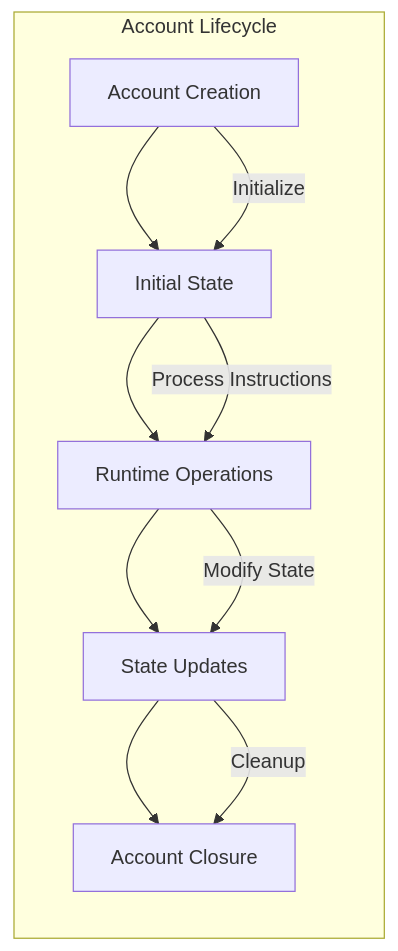
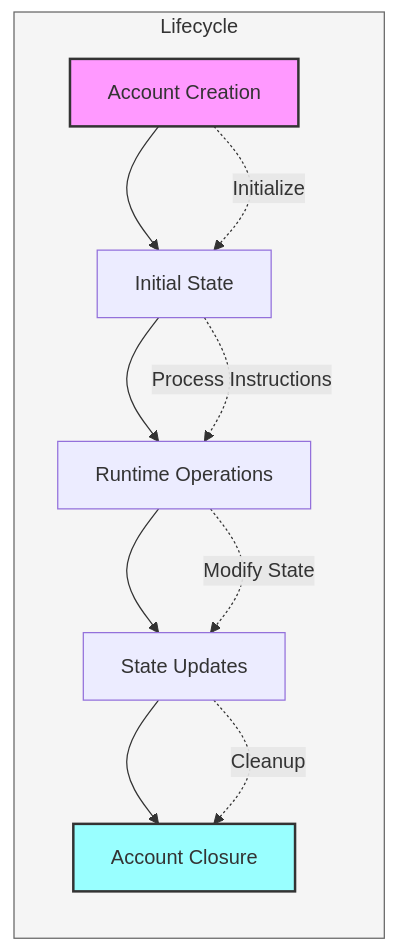
Before and after one commit to Arch-Network/book: the second of 2 diagrams in src/program/accounts.md, drawn with Mermaid. The commit also changed other lines of this file and 6 other files, not shown here.

Commit message:
Mermaid diagrams

````diff
--- a/src/program/accounts.md
+++ b/src/program/accounts.md
@@ -70,14 +75,18 @@
 ```mermaid
-graph LR
+flowchart LR
     A[Account Creation] --> B[Initial State]
     B --> C[Runtime Operations]
     C --> D[State Updates]
     D --> E[Account Closure]
     
-    subgraph "Account Lifecycle"
-    A --> |Initialize|B
-    B --> |Process Instructions|C
-    C --> |Modify State|D
-    D --> |Cleanup|E
+    subgraph Lifecycle
+        A -. Initialize .-> B
+        B -. Process Instructions .-> C
+        C -. Modify State .-> D
+        D -. Cleanup .-> E
     end
+
+    style A fill:#f9f,stroke:#333,stroke-width:2px
+    style E fill:#9ff,stroke:#333,stroke-width:2px
+    style Lifecycle fill:#f5f5f5,stroke:#666,stroke-width:1px
 ```
````
